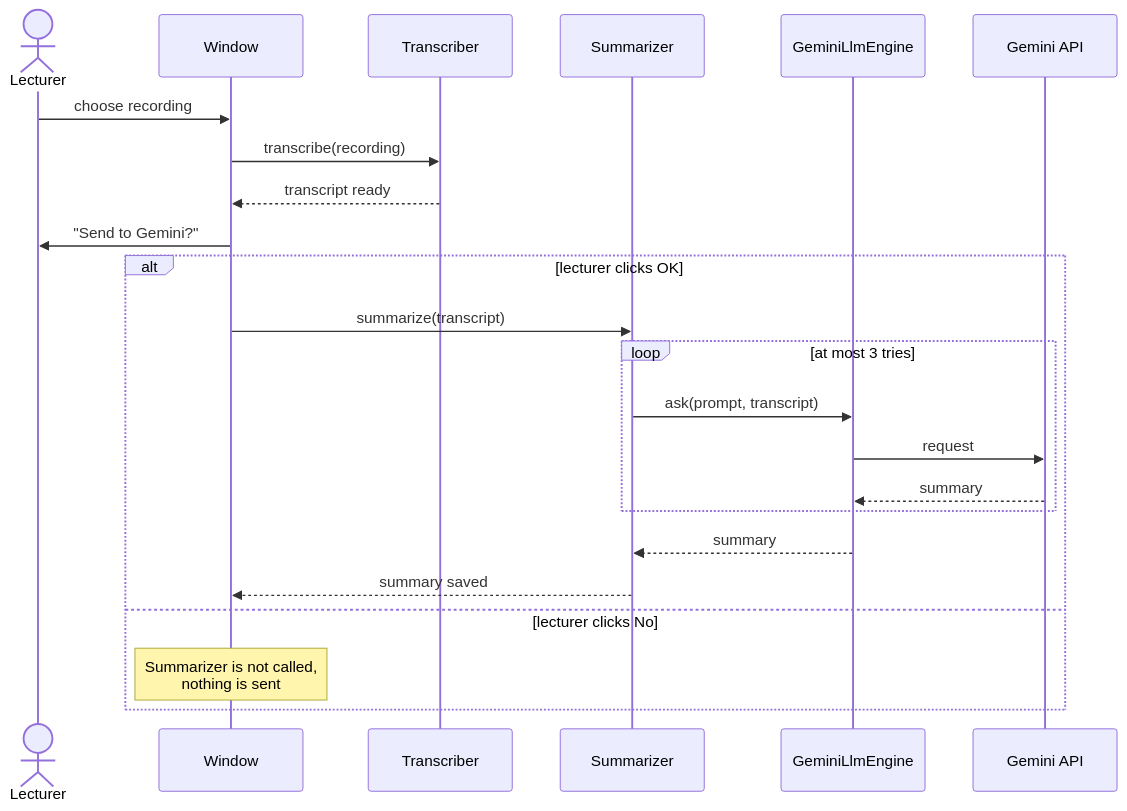
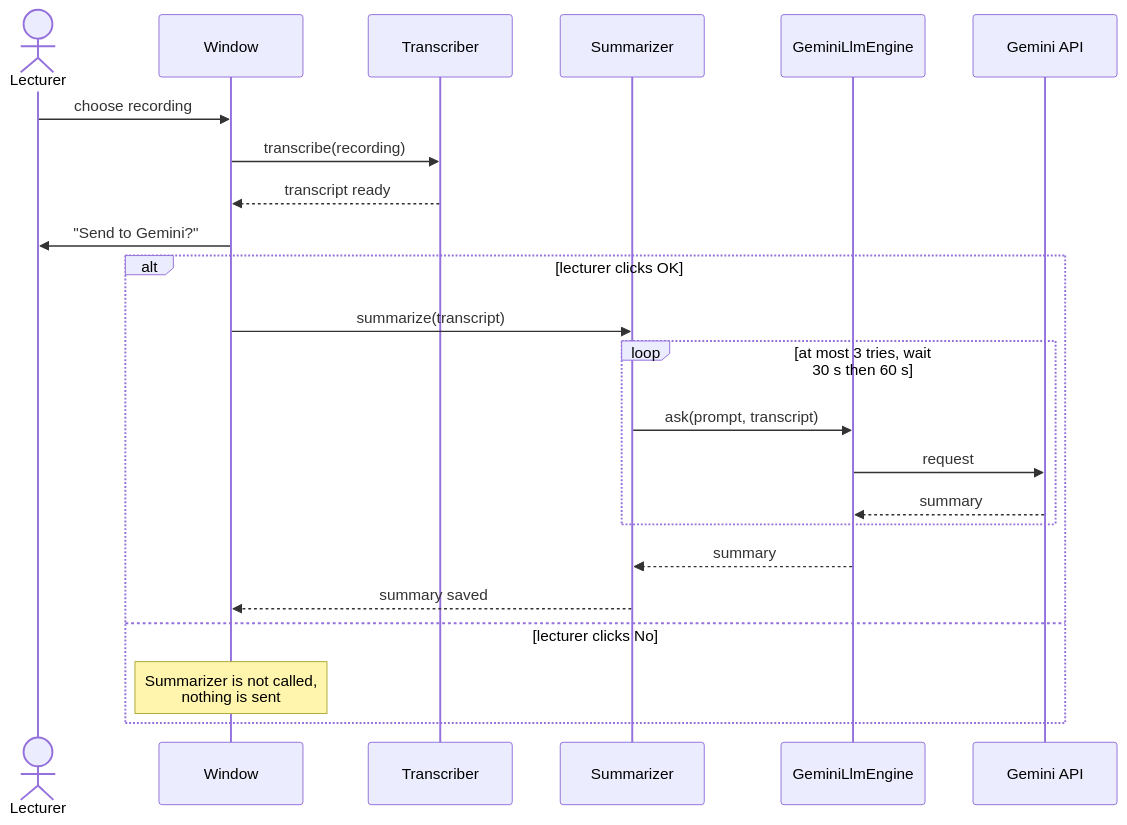
Diagram 14 of 15 in docs/design.md (yonatanShoval/OOP_Exercise2), drawn with Mermaid before and after one commit. The commit also changed other lines of this file and 8 other files, not shown here.

First line of the commit message:
Gemini on the transcript: 6 of 6 tries failed (503); retry wait, demo rule, summary fallback model

````diff
--- a/docs/design.md
+++ b/docs/design.md
@@ -543,25 +543,25 @@
 ```mermaid
 sequenceDiagram
     actor L as Lecturer
     participant W as Window
     participant T as Transcriber
     participant Su as Summarizer
     participant E as GeminiLlmEngine
     participant G as Gemini API
     L->>W: choose recording
     W->>T: transcribe(recording)
     T-->>W: transcript ready
     W->>L: "Send to Gemini?"
     alt lecturer clicks OK
         W->>Su: summarize(transcript)
-        loop at most 3 tries
+        loop at most 3 tries, wait 30 s then 60 s
             Su->>E: ask(prompt, transcript)
             E->>G: request
             G-->>E: summary
         end
         E-->>Su: summary
         Su-->>W: summary saved
     else lecturer clicks No
         Note over W: Summarizer is not called,<br/>nothing is sent
     end
 ```
````
